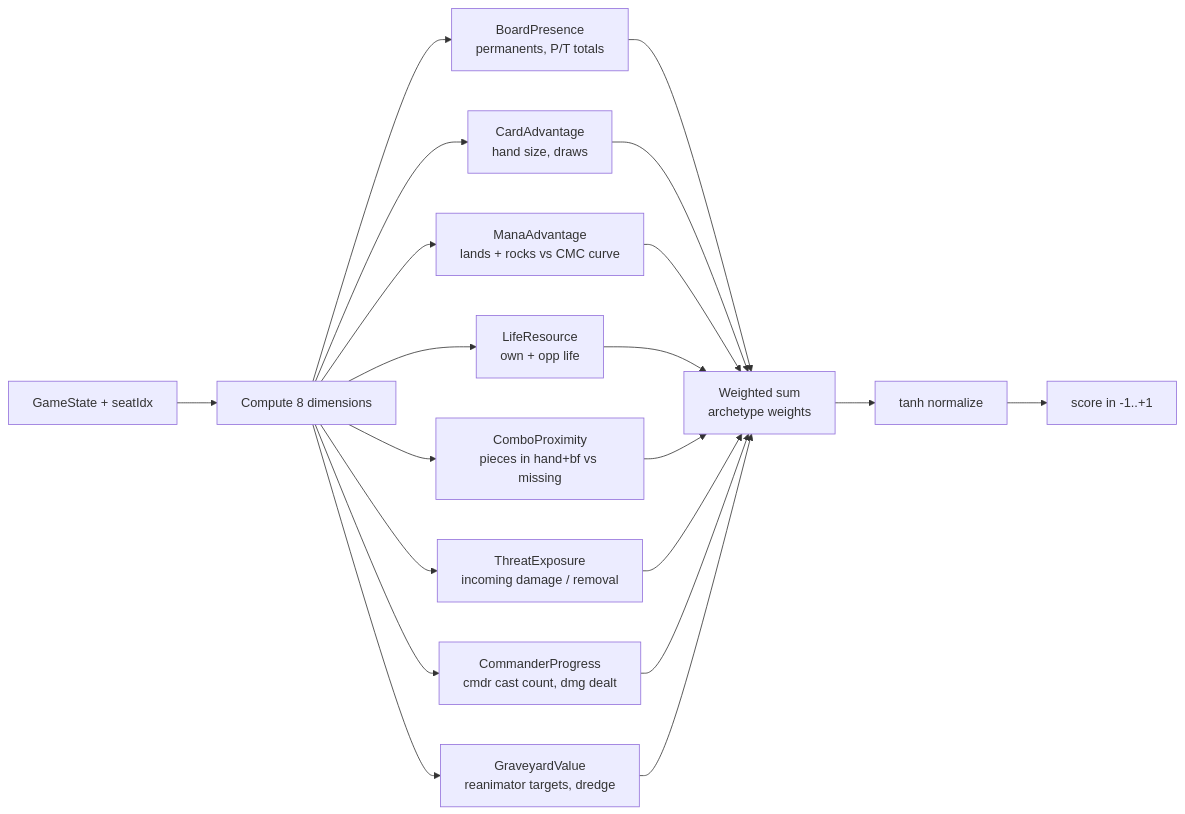
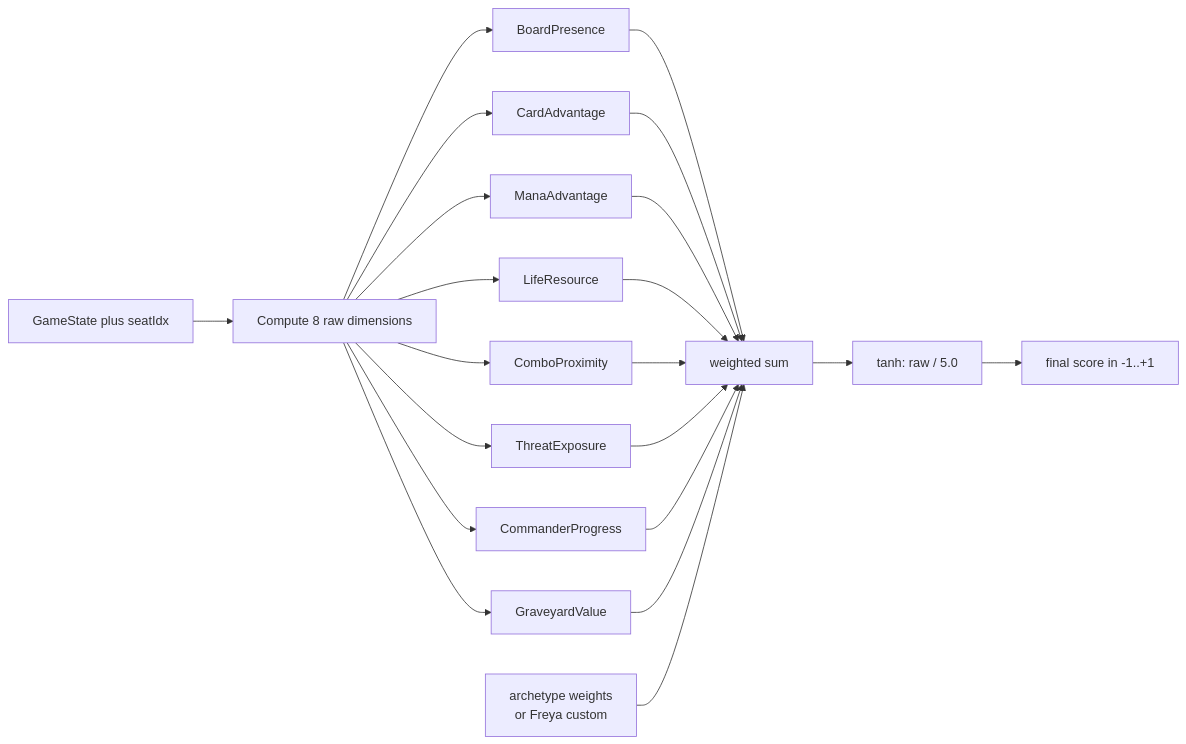
The first of 3 diagrams in docs/Eval Weights and Archetypes.md (HexDek/HexDek), drawn with Mermaid before and after one commit. The commit also changed other lines of this file and 17 other files, not shown here.

````diff
--- a/docs/Eval Weights and Archetypes.md
+++ b/docs/Eval Weights and Archetypes.md
@@ -10,22 +27,23 @@
 ```mermaid
 flowchart LR
-    GS[GameState + seatIdx] --> Compute[Compute 8 dimensions]
-    Compute --> D1[BoardPresence<br/>permanents, P/T totals]
-    Compute --> D2[CardAdvantage<br/>hand size, draws]
-    Compute --> D3[ManaAdvantage<br/>lands + rocks vs CMC curve]
-    Compute --> D4[LifeResource<br/>own + opp life]
-    Compute --> D5[ComboProximity<br/>pieces in hand+bf vs missing]
-    Compute --> D6[ThreatExposure<br/>incoming damage / removal]
-    Compute --> D7[CommanderProgress<br/>cmdr cast count, dmg dealt]
-    Compute --> D8[GraveyardValue<br/>reanimator targets, dredge]
-    D1 --> W[Weighted sum<br/>archetype weights]
-    D2 --> W
-    D3 --> W
-    D4 --> W
-    D5 --> W
-    D6 --> W
-    D7 --> W
-    D8 --> W
-    W --> Norm[tanh normalize]
-    Norm --> Score[score in -1..+1]
+    GS[GameState plus seatIdx] --> Compute[Compute 8 raw dimensions]
+    Compute --> D1[BoardPresence]
+    Compute --> D2[CardAdvantage]
+    Compute --> D3[ManaAdvantage]
+    Compute --> D4[LifeResource]
+    Compute --> D5[ComboProximity]
+    Compute --> D6[ThreatExposure]
+    Compute --> D7[CommanderProgress]
+    Compute --> D8[GraveyardValue]
+    D1 --> Sum[weighted sum]
+    D2 --> Sum
+    D3 --> Sum
+    D4 --> Sum
+    D5 --> Sum
+    D6 --> Sum
+    D7 --> Sum
+    D8 --> Sum
+    Weights[archetype weights<br/>or Freya custom] --> Sum
+    Sum --> Tanh[tanh: raw / 5.0]
+    Tanh --> Score[final score in -1..+1]
 ```
````
